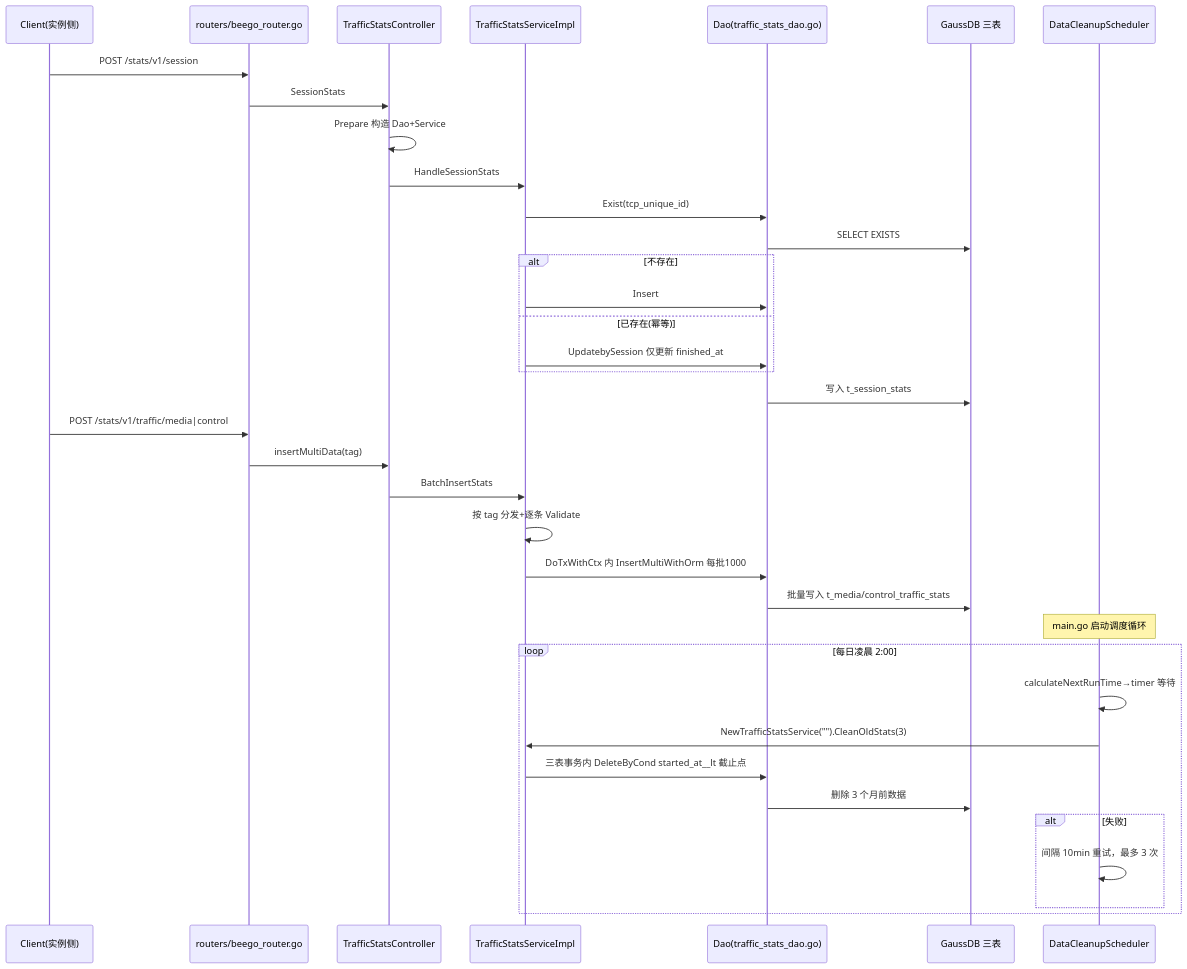
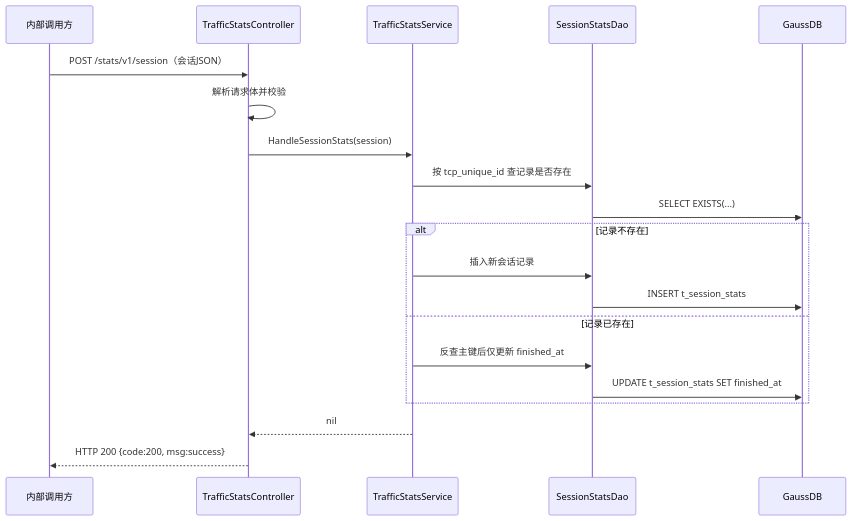
Before and after one commit to CoreGeekASTL/AIAction: the third of 6 diagrams in docs/story/feature-traffic-stats.md, drawn with Mermaid. The commit also changed other lines of this file and 6 other files, not shown here.

````diff
--- a/docs/story/feature-traffic-stats.md
+++ b/docs/story/feature-traffic-stats.md
@@ -140,41 +124,22 @@
 ```mermaid
 sequenceDiagram
-    participant C as Client(实例侧)
-    participant R as routers/beego_router.go
-    participant CT as TrafficStatsController
-    participant S as TrafficStatsServiceImpl
-    participant D as Dao(traffic_stats_dao.go)
-    participant DB as GaussDB 三表
-    participant SCH as DataCleanupScheduler
-
-    C->>R: POST /stats/v1/session
-    R->>CT: SessionStats
-    CT->>CT: Prepare 构造 Dao+Service
-    CT->>S: HandleSessionStats
-    S->>D: Exist(tcp_unique_id)
-    D->>DB: SELECT EXISTS
-    alt 不存在
-        S->>D: Insert
-    else 已存在(幂等)
-        S->>D: UpdatebySession 仅更新 finished_at
-    end
-    D->>DB: 写入 t_session_stats
-
-    C->>R: POST /stats/v1/traffic/media|control
-    R->>CT: insertMultiData(tag)
-    CT->>S: BatchInsertStats
-    S->>S: 按 tag 分发+逐条 Validate
-    S->>D: DoTxWithCtx 内 InsertMultiWithOrm 每批1000
-    D->>DB: 批量写入 t_media/control_traffic_stats
-
-    Note over SCH: main.go 启动调度循环
-    loop 每日凌晨 2:00
-        SCH->>SCH: calculateNextRunTime→timer 等待
-        SCH->>S: NewTrafficStatsService("").CleanOldStats(3)
-        S->>D: 三表事务内 DeleteByCond started_at__lt 截止点
-        D->>DB: 删除 3 个月前数据
-        alt 失败
-            SCH->>SCH: 间隔 10min 重试，最多 3 次
-        end
-    end
+  participant C as 内部调用方
+  participant CC as TrafficStatsController
+  participant S as TrafficStatsService
+  participant D as SessionStatsDao
+  participant DB as GaussDB
+  C->>CC: POST /stats/v1/session（会话JSON）
+  CC->>CC: 解析请求体并校验
+  CC->>S: HandleSessionStats(session)
+  S->>D: 按 tcp_unique_id 查记录是否存在
+  D->>DB: SELECT EXISTS(...)
+  alt 记录不存在
+    S->>D: 插入新会话记录
+    D->>DB: INSERT t_session_stats
+  else 记录已存在
+    S->>D: 反查主键后仅更新 finished_at
+    D->>DB: UPDATE t_session_stats SET finished_at
+  end
+  S-->>CC: nil
+  CC-->>C: HTTP 200 {code:200, msg:success}
 ```
````
